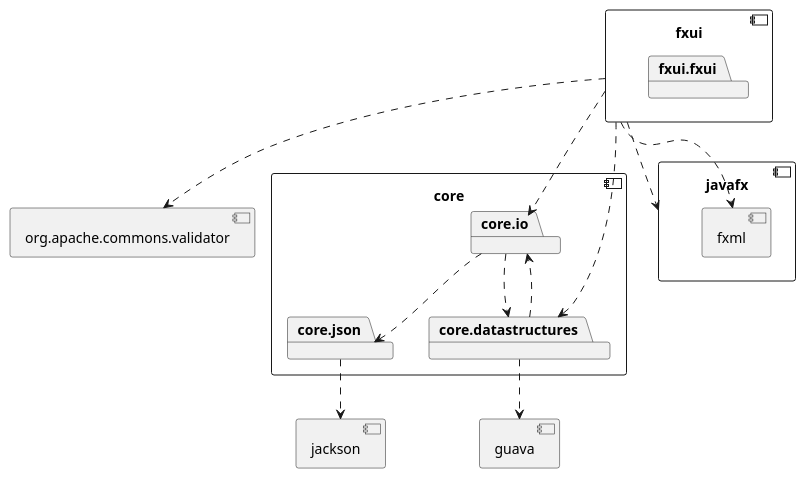
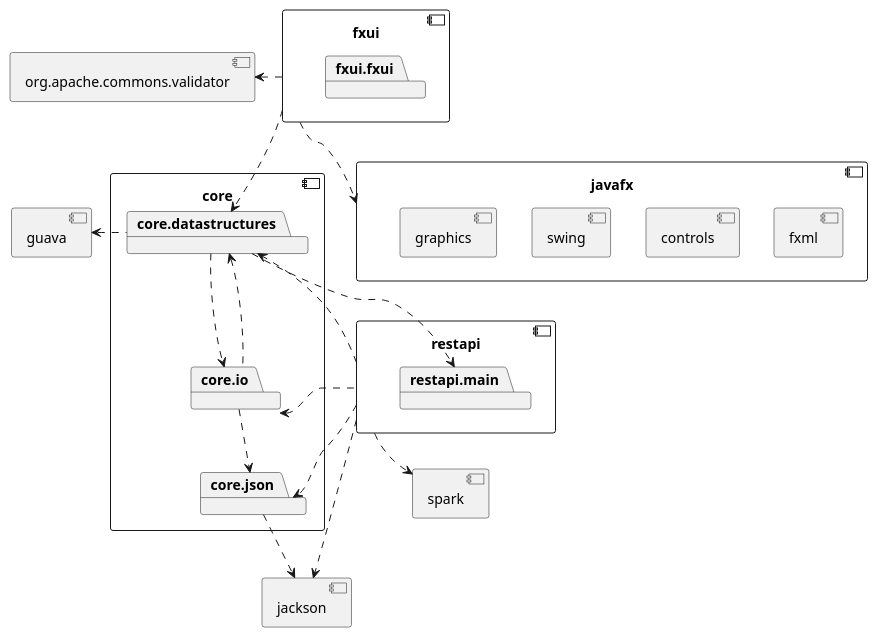
One commit to olepbr/it1901 changed the first of 2 diagrams in mememedb/README.md. Above: the diagram before and after it, drawn with PlantUML.

Commit message:
(#22) updated external class diagram

````diff
--- a/mememedb/README.md
+++ b/mememedb/README.md
@@ -23,38 +23,58 @@
 ```plantuml
 component core {
 	package core.io
 	package core.json
 	package core.datastructures
+}
+
+component restapi {
+    package restapi.main
 }
 
 component jackson {
 }
 
 component guava{
 }
 
 component org.apache.commons.validator{
 }
 
+component spark{
+}
+
+restapi ..> jackson
+restapi ..> spark
+restapi ..> core.datastructures
+restapi .left.> core.io
+restapi ..> core.json
+
 core.json ..> jackson
-core.datastructures ..> core.io
-core.io ..> core.datastructures
+core.datastructures .down.> core.io
+core.datastructures ..> restapi.main
+core.io .up.> core.datastructures
 core.io ..> core.json
-core.datastructures ..> guava
+core.datastructures .left.> guava
+
+
 
 component fxui {
 	package fxui.fxui
 }
 
 fxui ..> core.datastructures
-fxui ..> core.io
-fxui ..> org.apache.commons.validator
+fxui .left.> org.apache.commons.validator
 
 component javafx {
 	component fxml {
 	}
+	component controls{
+	}
+	component swing{
+	}
+	component graphics{
+	}
 }
 
 fxui ..> javafx
-fxui ..> fxml
 ```
````
